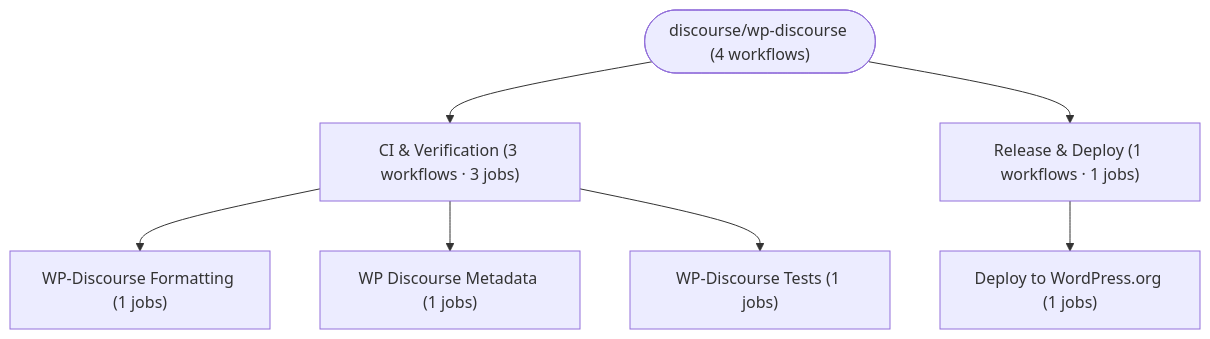
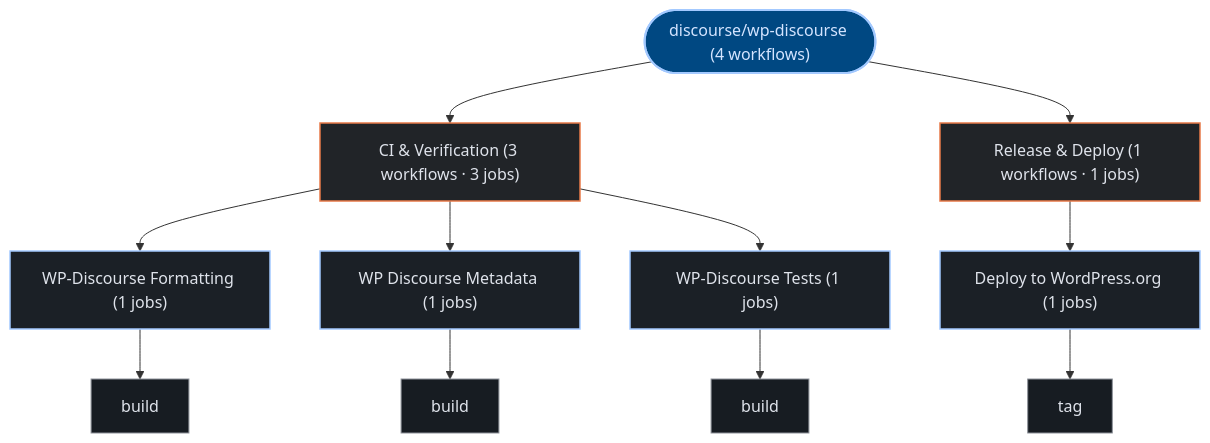
One commit to kumarshaz/atruss-code-atlas changed the second of 2 diagrams in exports/latest/reports/discourse-wp-discourse-report.md. Above: the diagram before and after it, drawn with Mermaid. The commit also changed other lines of this file and 331 other files, not shown here.

Commit message:
docs,ui,fix: update SDLC docs, reorder CI/CD DAG first, stylize Mermaid, and fix Arc42 pipeline topology

````diff
--- a/exports/latest/reports/discourse-wp-discourse-report.md
+++ b/exports/latest/reports/discourse-wp-discourse-report.md
@@ -211,16 +218,31 @@
 ```mermaid
 graph TD;
-  pipeline_root(["discourse/wp-discourse (4 workflows)"])
-  grp_0_CI___Verification["CI & Verification (3 workflows · 3 jobs)"]
+  classDef atlasRoot fill:#004882,stroke:#a3c9ff,stroke-width:2px,color:#d3e4ff
+  classDef atlasCategory fill:#212428,stroke:#E87A48,stroke-width:1.5px,color:#dfe3eb
+  classDef atlasWorkflow fill:#1b2026,stroke:#a3c9ff,stroke-width:1.5px,color:#dfe3eb
+  classDef atlasJob fill:#171c22,stroke:#8d9199,stroke-width:1px,color:#dfe3eb
+  classDef atlasTarget fill:#005227,stroke:#8bd99b,stroke-width:1.5px,color:#a7f6b6
+  classDef atlasAlert fill:#93000a,stroke:#ffb4ab,stroke-width:1.5px,color:#ffdad6
+  classDef atlasMore fill:#252a31,stroke:#8d9199,stroke-dasharray:4 4,color:#c3c6cf
+  pipeline_root(["discourse/wp-discourse (4 workflows)"]):::atlasRoot
+  grp_0_CI___Verification["CI & Verification (3 workflows · 3 jobs)"]:::atlasCategory
   pipeline_root --> grp_0_CI___Verification
-  wf_1_WP_Discourse_Formatting["WP-Discourse Formatting (1 jobs)"]
+  wf_1_WP_Discourse_Formatting["WP-Discourse Formatting (1 jobs)"]:::atlasWorkflow
   grp_0_CI___Verification --> wf_1_WP_Discourse_Formatting
-  wf_2_WP_Discourse_Metadata["WP Discourse Metadata (1 jobs)"]
+  job_1_build["build"]:::atlasJob
+  wf_1_WP_Discourse_Formatting --> job_1_build
+  wf_2_WP_Discourse_Metadata["WP Discourse Metadata (1 jobs)"]:::atlasWorkflow
   grp_0_CI___Verification --> wf_2_WP_Discourse_Metadata
-  wf_3_WP_Discourse_Tests["WP-Discourse Tests (1 jobs)"]
+  job_2_build["build"]:::atlasJob
+  wf_2_WP_Discourse_Metadata --> job_2_build
+  wf_3_WP_Discourse_Tests["WP-Discourse Tests (1 jobs)"]:::atlasWorkflow
   grp_0_CI___Verification --> wf_3_WP_Discourse_Tests
-  grp_1_Release___Deploy["Release & Deploy (1 workflows · 1 jobs)"]
+  job_3_build["build"]:::atlasJob
+  wf_3_WP_Discourse_Tests --> job_3_build
+  grp_1_Release___Deploy["Release & Deploy (1 workflows · 1 jobs)"]:::atlasCategory
   pipeline_root --> grp_1_Release___Deploy
-  wf_0_Deploy_to_WordPress_org["Deploy to WordPress.org (1 jobs)"]
+  wf_0_Deploy_to_WordPress_org["Deploy to WordPress.org (1 jobs)"]:::atlasWorkflow
   grp_1_Release___Deploy --> wf_0_Deploy_to_WordPress_org
+  job_0_tag["tag"]:::atlasJob
+  wf_0_Deploy_to_WordPress_org --> job_0_tag
 ```
````
